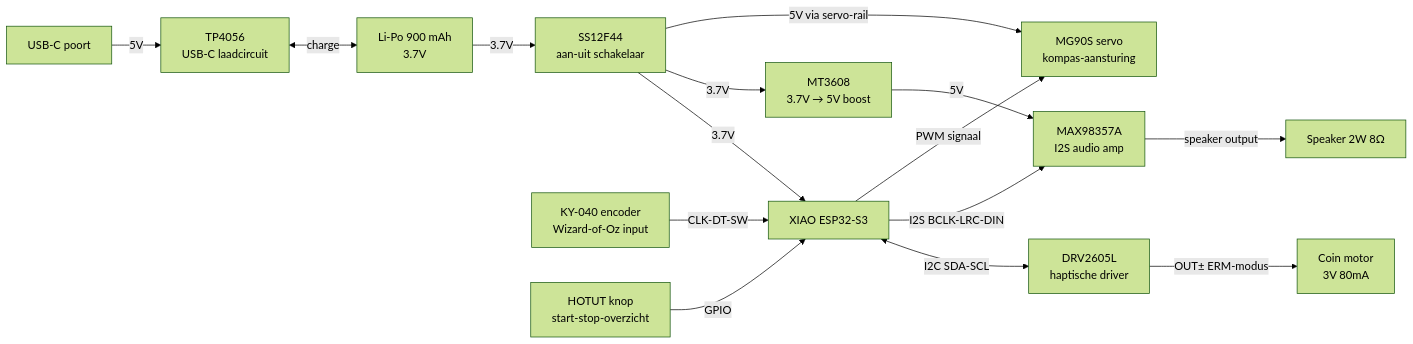
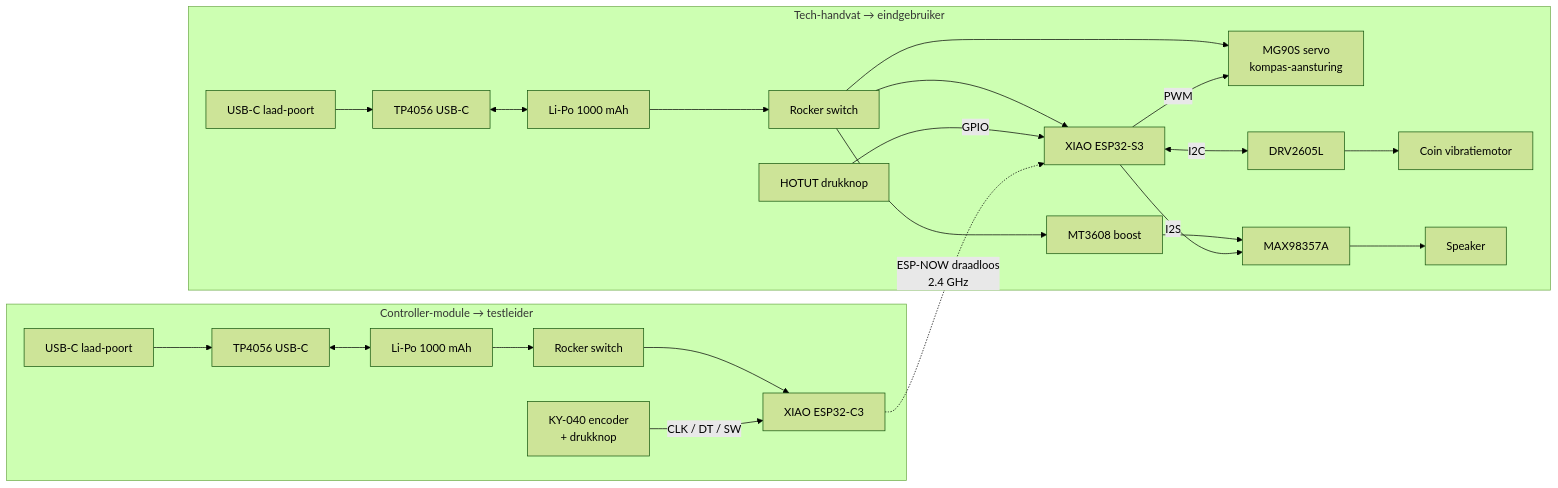
The first of 3 diagrams in docs/wiring.md (spiryns/UCD), drawn with Mermaid (forest theme) before and after one commit. The commit also changed other lines of this file and 5 other files, not shown here.

Commit message:
docs: corrigeer architectuur naar drie fysieke modules (handvat + aparte Wizard-of-Oz controller met XIAO ESP32-C3 via ESP-NOW + stok-onderstuk)

````diff
--- a/docs/wiring.md
+++ b/docs/wiring.md
@@ -11,31 +17,42 @@
 ```mermaid
 flowchart LR
-    USBC[USB-C poort]
-    TP[TP4056<br/>USB-C laadcircuit]
-    BAT[Li-Po 900 mAh<br/>3.7V]
-    SW[SS12F44<br/>aan-uit schakelaar]
-    BOOST[MT3608<br/>3.7V → 5V boost]
-    XIAO[XIAO ESP32-S3]
-    DRV[DRV2605L<br/>haptische driver]
-    COIN[Coin motor<br/>3V 80mA]
-    AMP[MAX98357A<br/>I2S audio amp]
-    SPK[Speaker 2W 8Ω]
-    SERVO[MG90S servo<br/>kompas-aansturing]
-    ENC[KY-040 encoder<br/>Wizard-of-Oz input]
-    BTN[HOTUT knop<br/>start-stop-overzicht]
+    subgraph CTRL["Controller-module → testleider"]
+        ENC[KY-040 encoder<br/>+ drukknop]
+        C3[XIAO ESP32-C3]
+        BAT2[Li-Po 1000 mAh]
+        TP2[TP4056 USB-C]
+        SW2[Rocker switch]
+        USBC2[USB-C laad-poort]
+        USBC2 --> TP2
+        TP2 <--> BAT2
+        BAT2 --> SW2 --> C3
+        ENC -->|CLK / DT / SW| C3
+    end
 
-    USBC -->|5V| TP
-    TP <-->|charge| BAT
-    BAT -->|3.7V| SW
-    SW -->|3.7V| XIAO
-    SW -->|3.7V| BOOST
-    SW -->|5V via servo-rail| SERVO
-    BOOST -->|5V| AMP
-    XIAO <-->|I2C SDA-SCL| DRV
-    DRV -->|OUT± ERM-modus| COIN
-    XIAO -->|I2S BCLK-LRC-DIN| AMP
-    AMP -->|speaker output| SPK
-    XIAO -->|PWM signaal| SERVO
-    ENC -->|CLK-DT-SW| XIAO
-    BTN -->|GPIO| XIAO
+    subgraph HANDLE["Tech-handvat → eindgebruiker"]
+        S3[XIAO ESP32-S3]
+        SERVO[MG90S servo<br/>kompas-aansturing]
+        DRV[DRV2605L]
+        COIN[Coin vibratiemotor]
+        AMP[MAX98357A]
+        SPK[Speaker]
+        BTN[HOTUT drukknop]
+        BAT1[Li-Po 1000 mAh]
+        TP1[TP4056 USB-C]
+        SW1[Rocker switch]
+        BOOST[MT3608 boost]
+        USBC1[USB-C laad-poort]
+        USBC1 --> TP1
+        TP1 <--> BAT1
+        BAT1 --> SW1
+        SW1 --> S3
+        SW1 --> SERVO
+        SW1 --> BOOST --> AMP
+        S3 <-->|I2C| DRV --> COIN
+        S3 -->|PWM| SERVO
+        S3 -->|I2S| AMP --> SPK
+        BTN -->|GPIO| S3
+    end
+
+    C3 -.->|ESP-NOW draadloos<br/>2.4 GHz| S3
 ```
````
